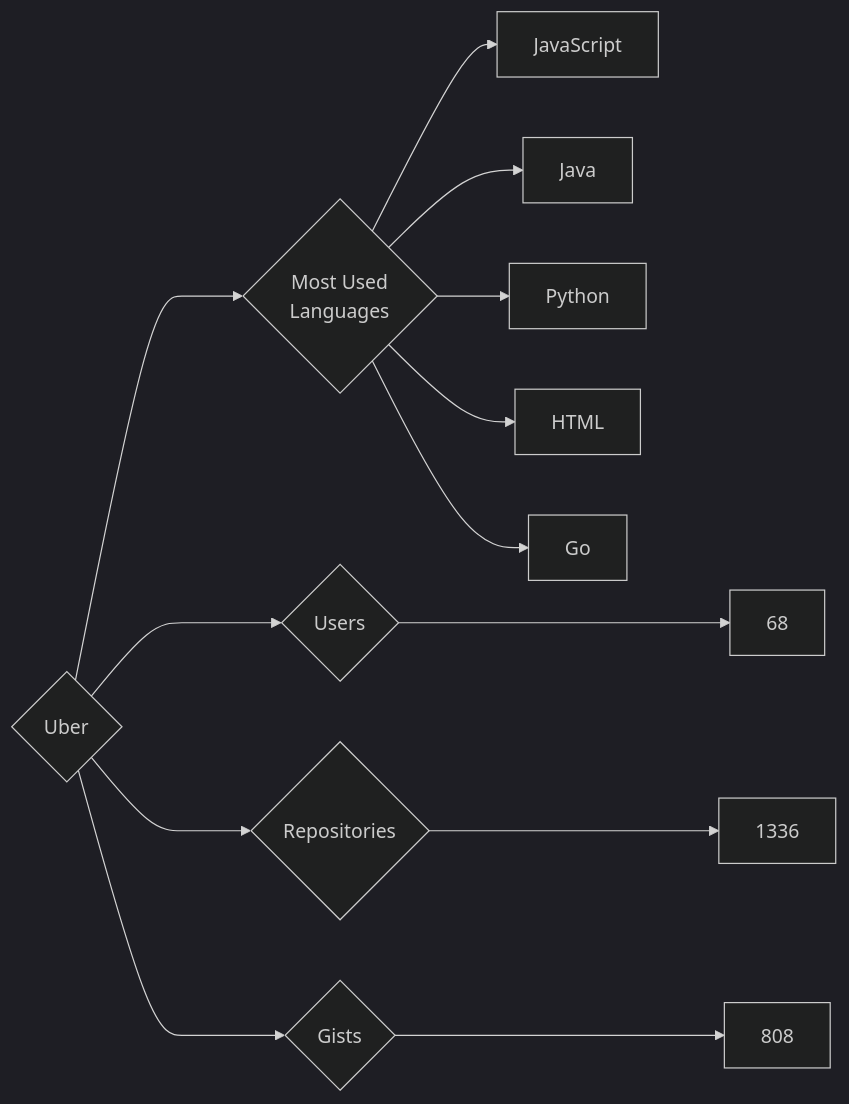
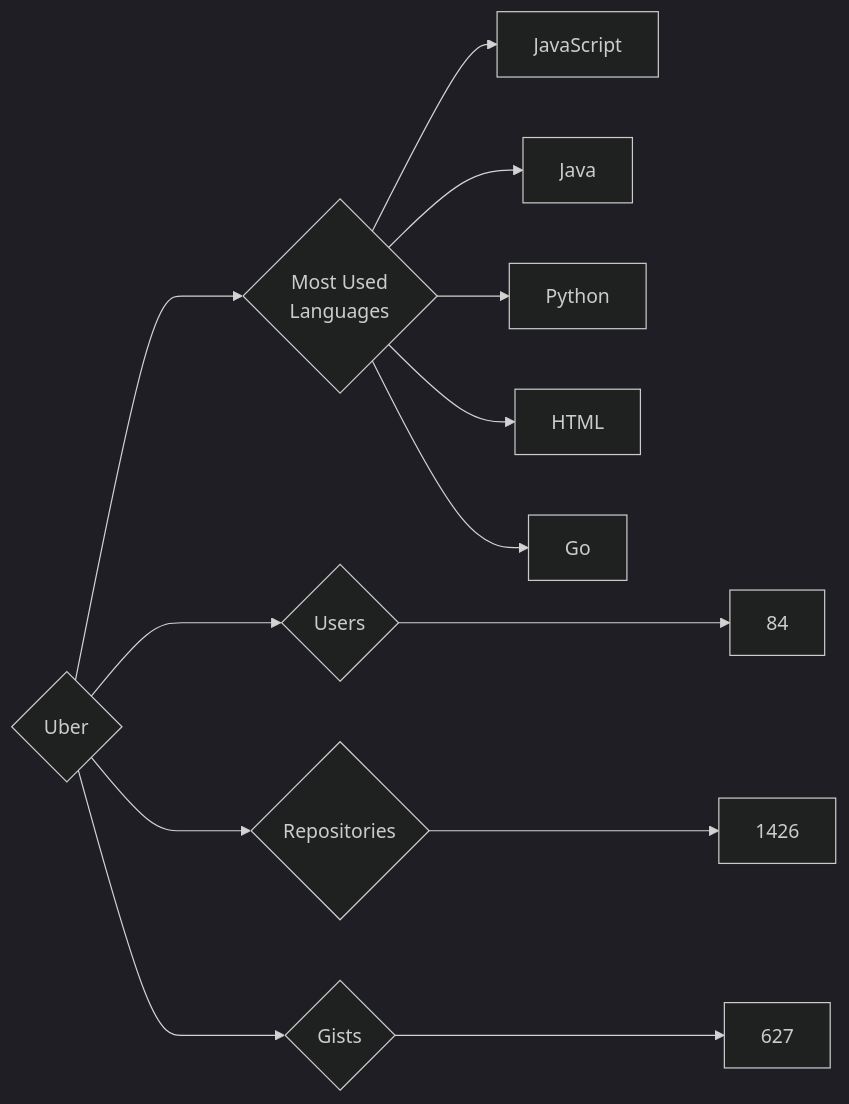
The diagram in targets/Uber/README.md (trickest/insiders), drawn with Mermaid (dark theme) before and after one commit. The commit also changed 976 other files, not shown here.

````diff
--- a/targets/Uber/README.md
+++ b/targets/Uber/README.md
@@ -3,13 +3,13 @@
 ```mermaid
 graph LR
 COMPANY_NAME{Uber}
-COMPANY_NAME ---> U{Users} ---> UN[68]
-COMPANY_NAME ---> R{Repositories} ---> RN[1336]
-COMPANY_NAME ---> G{Gists} ---> GN[808]
+COMPANY_NAME ---> U{Users} ---> UN[84]
+COMPANY_NAME ---> R{Repositories} ---> RN[1426]
+COMPANY_NAME ---> G{Gists} ---> GN[627]
 COMPANY_NAME ---> ML{Most Used<br>Languages}
 ML --> JavaScript[JavaScript]
 ML --> Java[Java]
 ML --> Python[Python]
 ML --> HTML[HTML]
 ML --> Go[Go]
 ```
````
